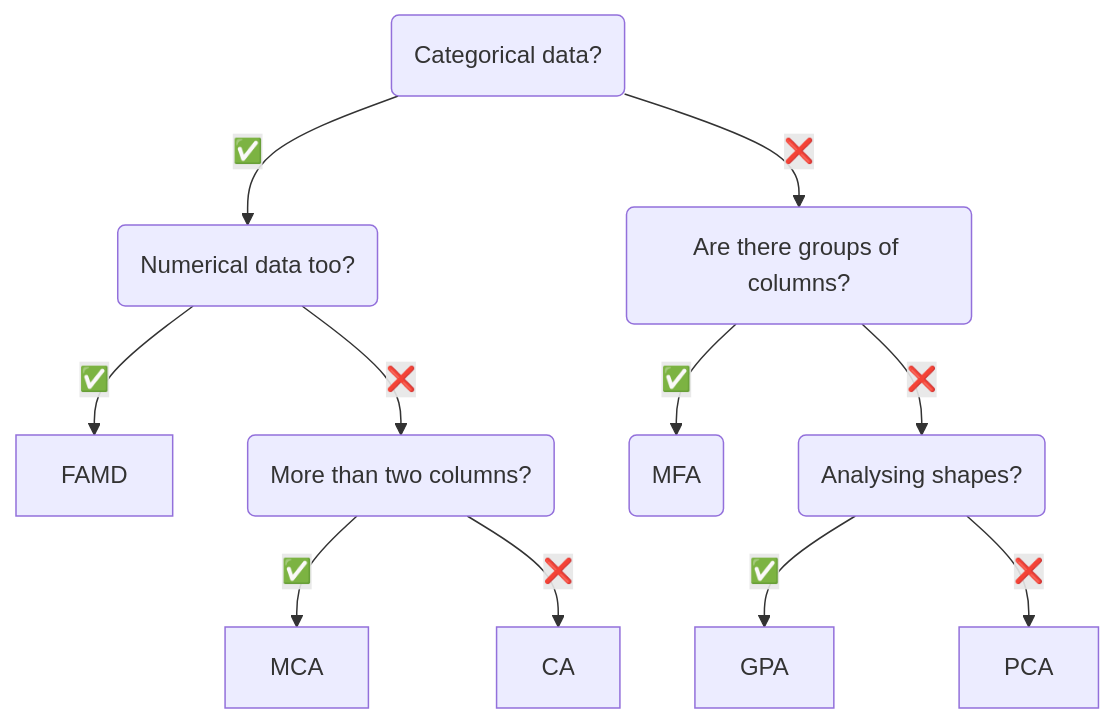
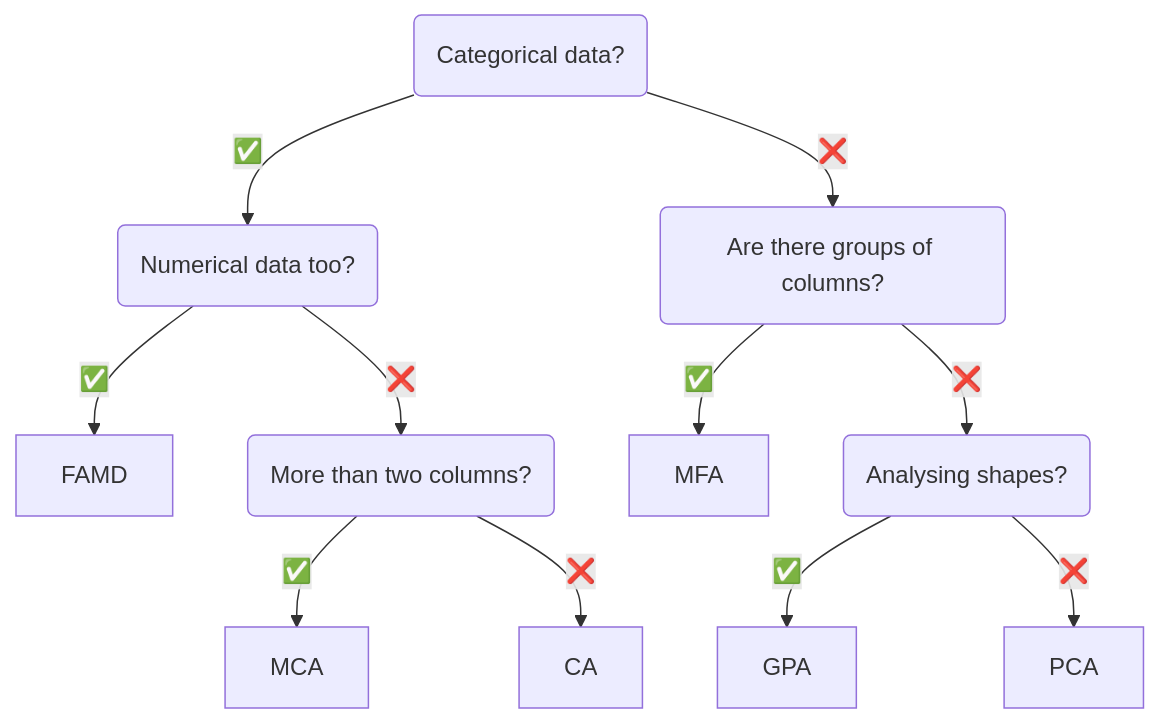
One commit to MaxHalford/prince changed the diagram in README.md. Above: the diagram before and after it, drawn with Mermaid. The commit also changed other lines of this file and 25 other files, not shown here.

````diff
--- a/README.md
+++ b/README.md
@@ -86,13 +86,19 @@
 ```mermaid
 flowchart TD
     cat?(Categorical data?) --> |"✅"| num_too?(Numerical data too?)
     num_too? --> |"✅"| FAMD
     num_too? --> |"❌"| multiple_cat?(More than two columns?)
     multiple_cat? --> |"✅"| MCA
     multiple_cat? --> |"❌"| CA
     cat? --> |"❌"| groups?(Are there groups of columns?)
-    groups? --> |"✅"| groups(MFA)
+    groups? --> |"✅"| MFA
     groups? --> |"❌"| shapes?(Analysing shapes?)
     shapes? --> |"✅"| GPA
     shapes? --> |"❌"| PCA
+    click PCA "/pca" "Principal component analysis"
+    click CA "/ca" "Correspondence analysis"
+    click MCA "/mca" "Principal component analysis"
+    click MFA "/mfa" "Multiple factor analysis"
+    click FAMD "/famd" "Factor analysis of mixed data"
+    click GPA "/gpa" "Generalized Procrustes analysis"
 ```
````
